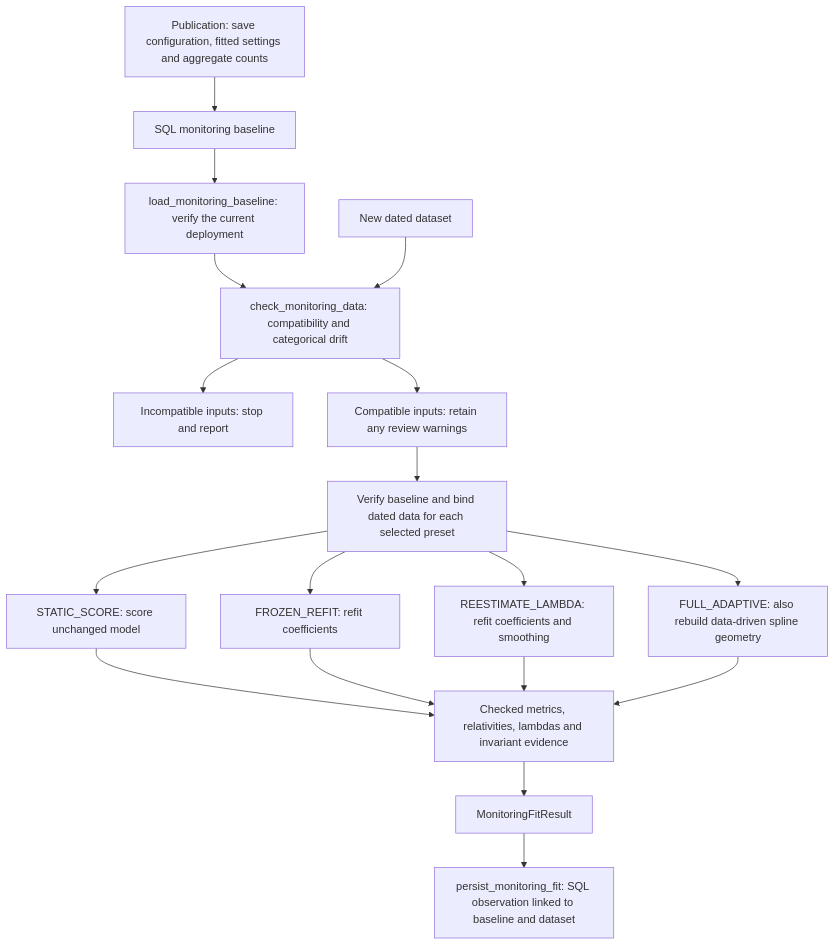
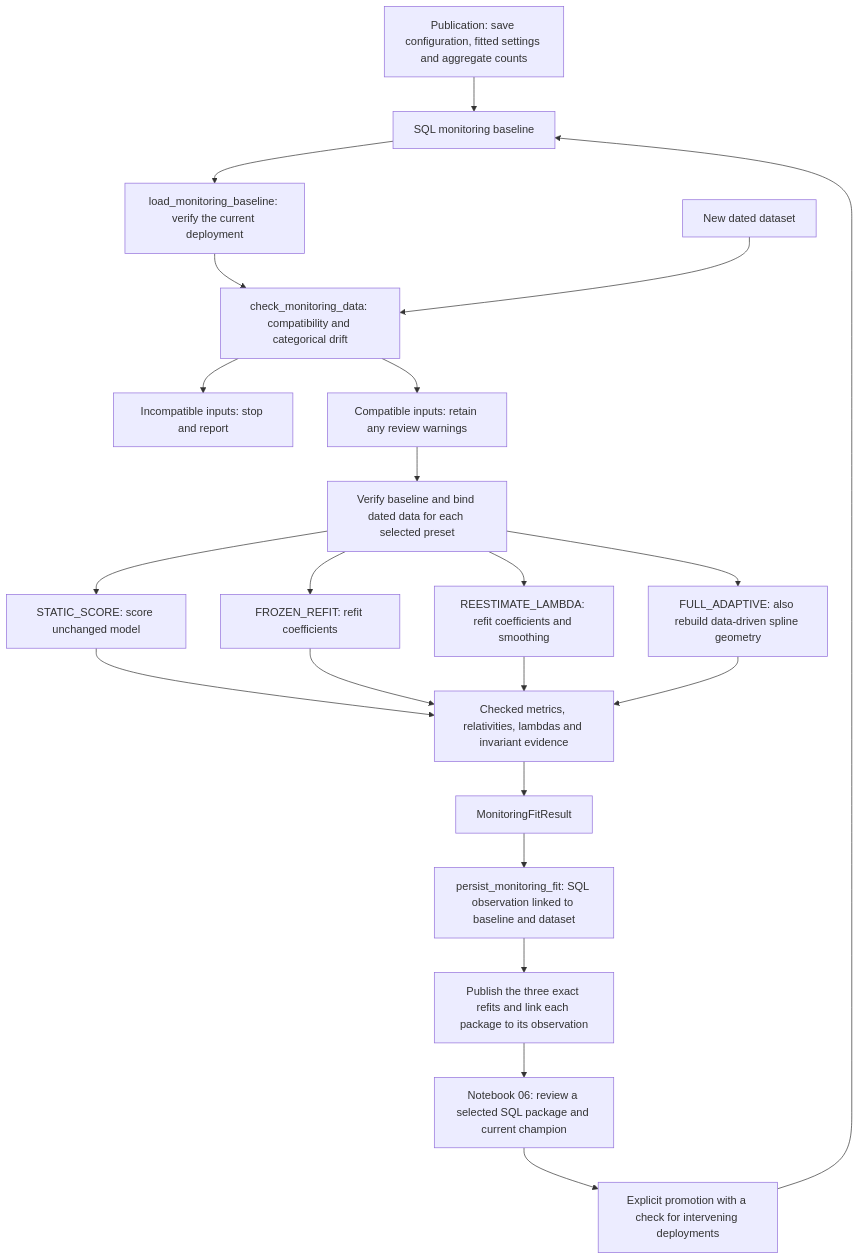
The second of 2 diagrams in docs/package-flows.md (StrudelDoodleS/superglm-pricing-pipeline), drawn with Mermaid before and after one commit. The commit also changed other lines of this file and 61 other files, not shown here.

Commit message:
Add scheduled SQL challengers and human champion promotion

````diff
--- a/docs/package-flows.md
+++ b/docs/package-flows.md
@@ -155,20 +164,24 @@
 ```mermaid
 flowchart TD
     P0["Publication: save configuration, fitted settings and aggregate counts"] --> SQL["SQL monitoring baseline"]
     SQL --> B["load_monitoring_baseline: verify the current deployment"]
     B --> C["check_monitoring_data: compatibility and categorical drift"]
     D["New dated dataset"] --> C
     C --> Q["Incompatible inputs: stop and report"]
     C --> W["Compatible inputs: retain any review warnings"]
     W --> V["Verify baseline and bind dated data for each selected preset"]
     V --> S["STATIC_SCORE: score unchanged model"]
     V --> F["FROZEN_REFIT: refit coefficients"]
     V --> L["REESTIMATE_LAMBDA: refit coefficients and smoothing"]
     V --> A["FULL_ADAPTIVE: also rebuild data-driven spline geometry"]
     S --> E["Checked metrics, relativities, lambdas and invariant evidence"]
     F --> E
     L --> E
     A --> E
     E --> R["MonitoringFitResult"]
     R --> P["persist_monitoring_fit: SQL observation linked to baseline and dataset"]
+    P --> RP["Publish the three exact refits and link each package to its observation"]
+    RP --> RV["Notebook 06: review a selected SQL package and current champion"]
+    RV --> DEP["Explicit promotion with a check for intervening deployments"]
+    DEP --> SQL
 ```
````
